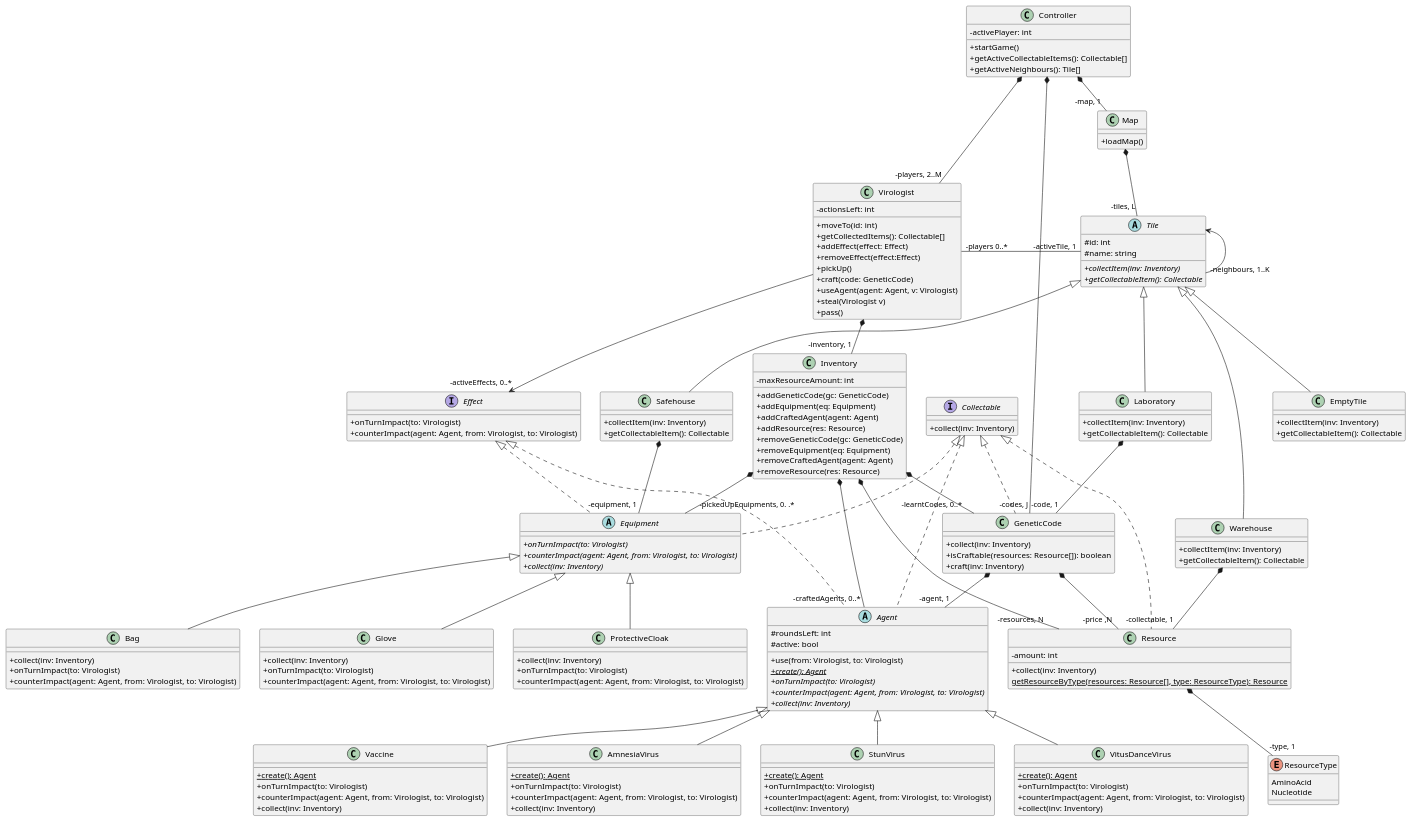
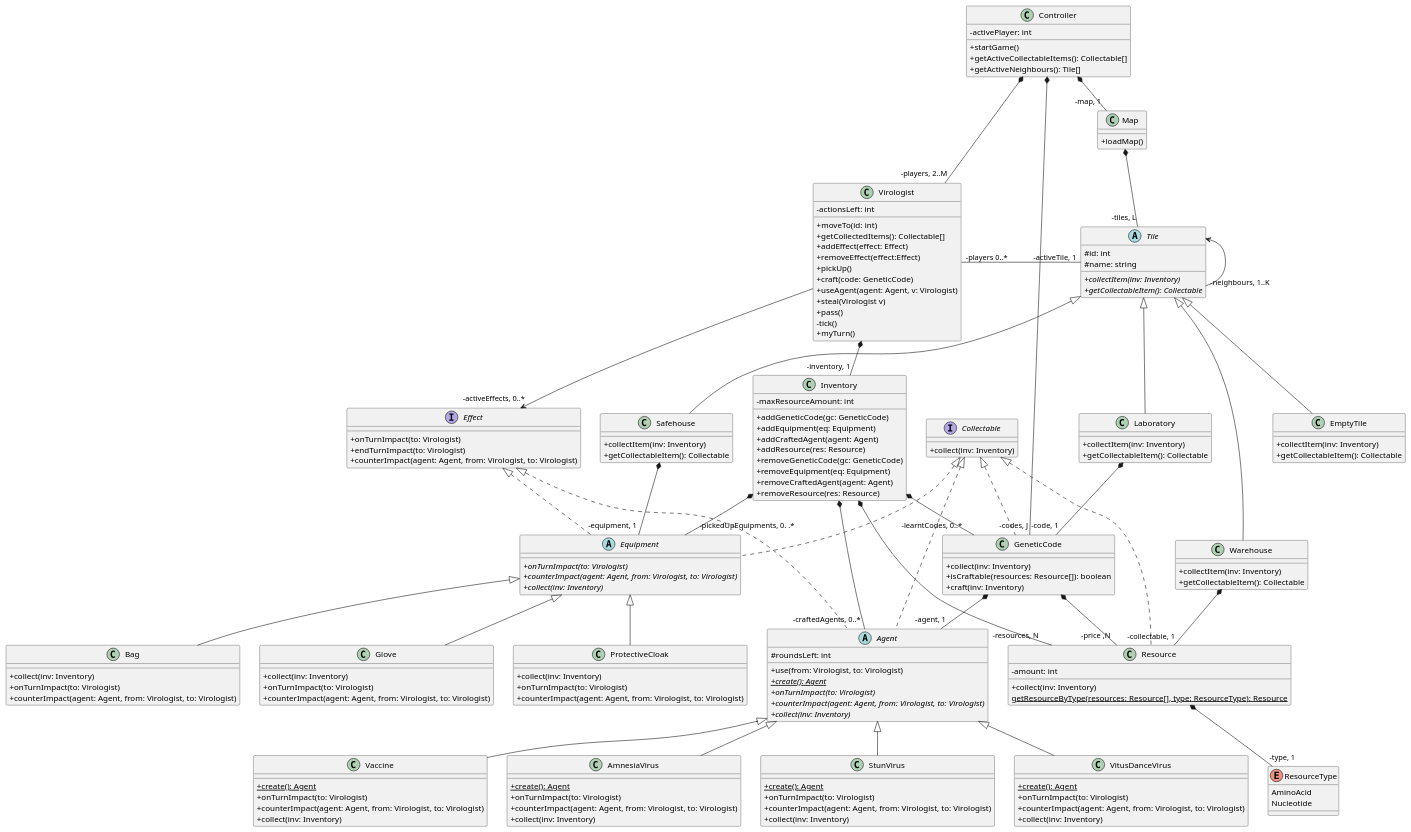
One commit to Tschonti/503-service-unavailable changed the diagram in docs/classDiagram.puml. Above: the diagram before and after it, drawn with PlantUML. The commit also changed 3 other files, not shown here.

Commit message:
Class Diagram update értekezlet alapján, 3 szekvencia diagramm.

```diff
--- a/docs/classDiagram.puml
+++ b/docs/classDiagram.puml
@@ -1,174 +1,177 @@
 @startuml
 'https://plantuml.com/class-diagram
 skinparam classAttributeIconSize 0
 class Resource implements Collectable {
     -amount: int
     +collect(inv: Inventory)
     {static} getResourceByType(resources: Resource[], type: ResourceType): Resource
 }
 
 enum ResourceType {
     AminoAcid
     Nucleotide
 }
 Resource *-- "-type, 1" ResourceType
 
 abstract class Agent implements Effect, Collectable {
     #roundsLeft: int
-    #active: bool
     +use(from: Virologist, to: Virologist)
     {static} {abstract} +create(): Agent
     {abstract} +onTurnImpact(to: Virologist)
     {abstract} +counterImpact(agent: Agent, from: Virologist, to: Virologist)
     'Lehet nem is kell
     {abstract} +collect(inv: Inventory)
 }
 
 class AmnesiaVirus extends Agent{
     {static} +create(): Agent
     +onTurnImpact(to: Virologist)
     +counterImpact(agent: Agent, from: Virologist, to: Virologist)
     +collect(inv: Inventory)
 }
 
 class StunVirus extends Agent{
     {static} +create(): Agent
     +onTurnImpact(to: Virologist)
     +counterImpact(agent: Agent, from: Virologist, to: Virologist)
     +collect(inv: Inventory)
 }
 class VitusDanceVirus extends Agent{
     {static} +create(): Agent
     +onTurnImpact(to: Virologist)
     +counterImpact(agent: Agent, from: Virologist, to: Virologist)
     +collect(inv: Inventory)
 }
 class Vaccine extends Agent{
     {static} +create(): Agent
     +onTurnImpact(to: Virologist)
     +counterImpact(agent: Agent, from: Virologist, to: Virologist)
     +collect(inv: Inventory)
 }
 
 class Virologist {
     -actionsLeft: int
     +moveTo(id: int)
     +getCollectedItems(): Collectable[]
     +addEffect(effect: Effect)
     +removeEffect(effect:Effect)
     'az alap useCase-ek:
     +pickUp()
     +craft(code: GeneticCode)
     +useAgent(agent: Agent, v: Virologist)
     +steal(Virologist v)
     +pass()
+    /' Zsombi adta hozzá '/
+   -tick()          /'crafted agentek idejét eggyel csökkenti'/
+   +myTurn()        /' A játékos mikor sorra kerül ezek történnek '/
 }
 
 class Inventory {
     -maxResourceAmount: int
     +addGeneticCode(gc: GeneticCode)
     +addEquipment(eq: Equipment)
     +addCraftedAgent(agent: Agent)
     +addResource(res: Resource)
     +removeGeneticCode(gc: GeneticCode)
     +removeEquipment(eq: Equipment)
     +removeCraftedAgent(agent: Agent)
     +removeResource(res: Resource)
 }
 interface Effect {
     +onTurnImpact(to: Virologist)
+    +endTurnImpact(to: Virologist)
     +counterImpact(agent: Agent, from: Virologist, to: Virologist)
 }
 class GeneticCode implements Collectable {
     +collect(inv: Inventory)
     +isCraftable(resources: Resource[]): boolean
     +craft(inv: Inventory)
 }
 
 interface Collectable {
     +collect(inv: Inventory)
 }
 
 Virologist *-- "-inventory, 1" Inventory
 Virologist --> "-activeEffects, 0..*" Effect
 
 Inventory *-- "-learntCodes, 0..*" GeneticCode
 Inventory *-- "-pickedUpEquipments, 0. .*" Equipment
 Inventory *-- "-craftedAgents, 0..*" Agent
 Inventory *-- "-resources, N" Resource
 
 GeneticCode *-- "-price ,N" Resource
 GeneticCode *-- "-agent, 1" Agent
 
 Virologist "-players 0..*" - "-activeTile, 1" Tile
 
 abstract class Equipment implements Effect, Collectable {
     {abstract} +onTurnImpact(to: Virologist)
     {abstract} +counterImpact(agent: Agent, from: Virologist, to: Virologist)
     {abstract} +collect(inv: Inventory)
 
 }
 class ProtectiveCloak extends Equipment {
     +collect(inv: Inventory)
     +onTurnImpact(to: Virologist)
     +counterImpact(agent: Agent, from: Virologist, to: Virologist)
 }
 
 class Bag extends Equipment{
     +collect(inv: Inventory)
     +onTurnImpact(to: Virologist)
     +counterImpact(agent: Agent, from: Virologist, to: Virologist)
 }
 class Glove extends Equipment {
     +collect(inv: Inventory)
     +onTurnImpact(to: Virologist)
     +counterImpact(agent: Agent, from: Virologist, to: Virologist)
 }
 
 'There is Collectable getter because EmptyTile must have a getter either
 abstract class Tile {
     #id: int
     #name: string
     {abstract} +collectItem(inv: Inventory)
     {abstract} +getCollectableItem(): Collectable
 }
 class Laboratory extends Tile {
     +collectItem(inv: Inventory)
     +getCollectableItem(): Collectable
 }
 
 class Safehouse extends Tile {
     +collectItem(inv: Inventory)
     +getCollectableItem(): Collectable
 }
 class Warehouse extends Tile {
     +collectItem(inv: Inventory)
     +getCollectableItem(): Collectable
 }
 class EmptyTile extends Tile {
     +collectItem(inv: Inventory)
     +getCollectableItem(): Collectable
 }
 
 class Map {
     +loadMap()
 }
 Laboratory *-- "-code, 1" GeneticCode
 Safehouse *-- "-equipment, 1" Equipment
 Warehouse *-- "-collectable, 1" Resource
 
 Map  *-- "-tiles, L" Tile
 Tile <-- "-neighbours, 1..K" Tile
 
 
 class Controller {
     -activePlayer: int
     +startGame()
     +getActiveCollectableItems(): Collectable[]
     +getActiveNeighbours(): Tile[]
 }
 Controller *-- "-map, 1" Map
 Controller *-- "-players, 2..M" Virologist
 Controller *-- "-codes, J" GeneticCode
 
 @enduml
```
